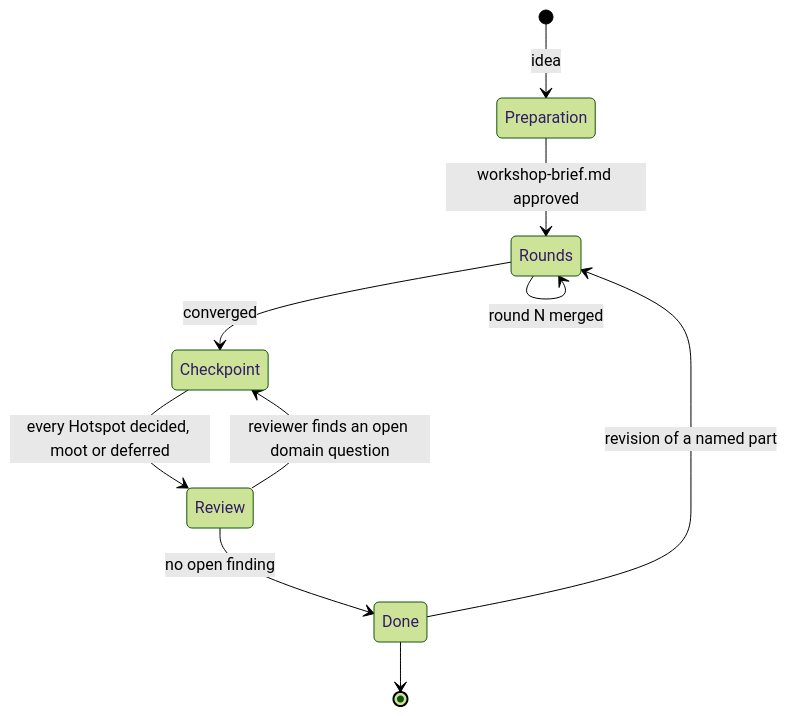
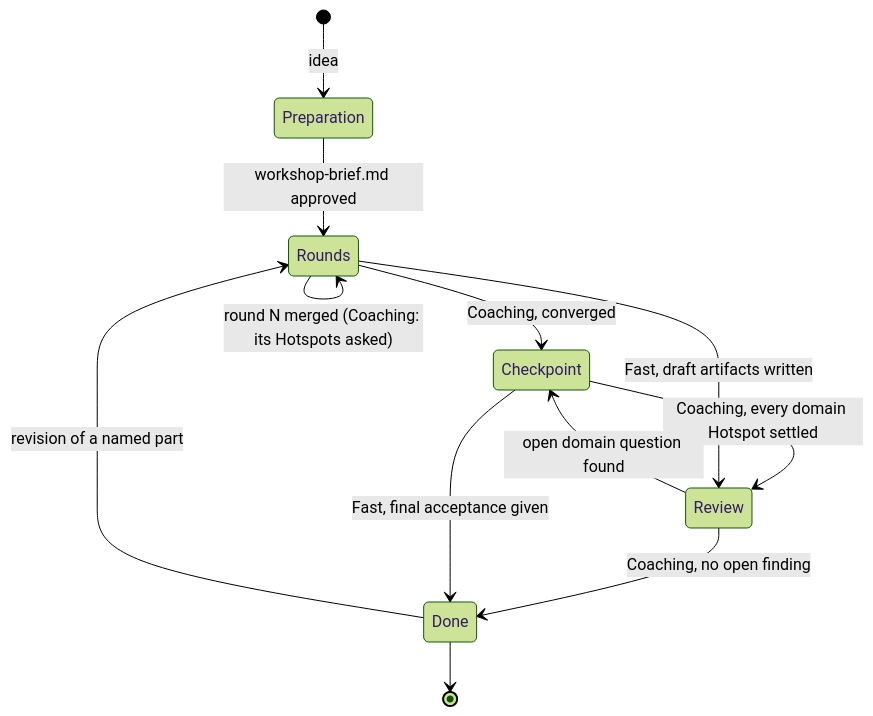
The second of 4 diagrams in README.md (y-core-engineering/bmad-ddd-module), drawn with Mermaid (forest theme) before and after one commit. The commit also changed other lines of this file, not shown here.

````diff
--- a/README.md
+++ b/README.md
@@ -117,12 +119,14 @@
 ```mermaid
 stateDiagram-v2
     [*] --> Preparation: idea
     Preparation --> Rounds: workshop-brief.md approved
-    Rounds --> Rounds: round N merged
-    Rounds --> Checkpoint: converged
-    Checkpoint --> Review: every Hotspot decided, moot or deferred
-    Review --> Checkpoint: reviewer finds an open domain question
-    Review --> Done: no open finding
+    Rounds --> Rounds: round N merged (Coaching: its Hotspots asked)
+    Rounds --> Checkpoint: Coaching, converged
+    Checkpoint --> Review: Coaching, every domain Hotspot settled
+    Review --> Checkpoint: open domain question found
+    Review --> Done: Coaching, no open finding
+    Rounds --> Review: Fast, draft artifacts written
+    Checkpoint --> Done: Fast, final acceptance given
     Done --> Rounds: revision of a named part
     Done --> [*]
 ```
````
